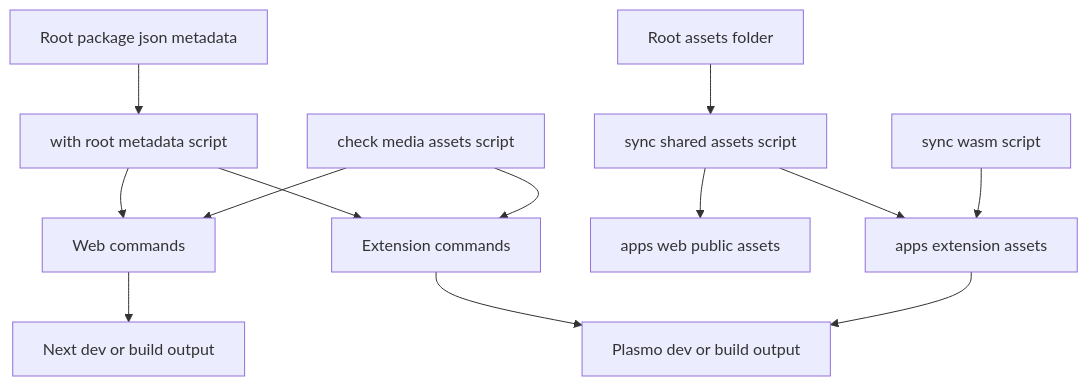
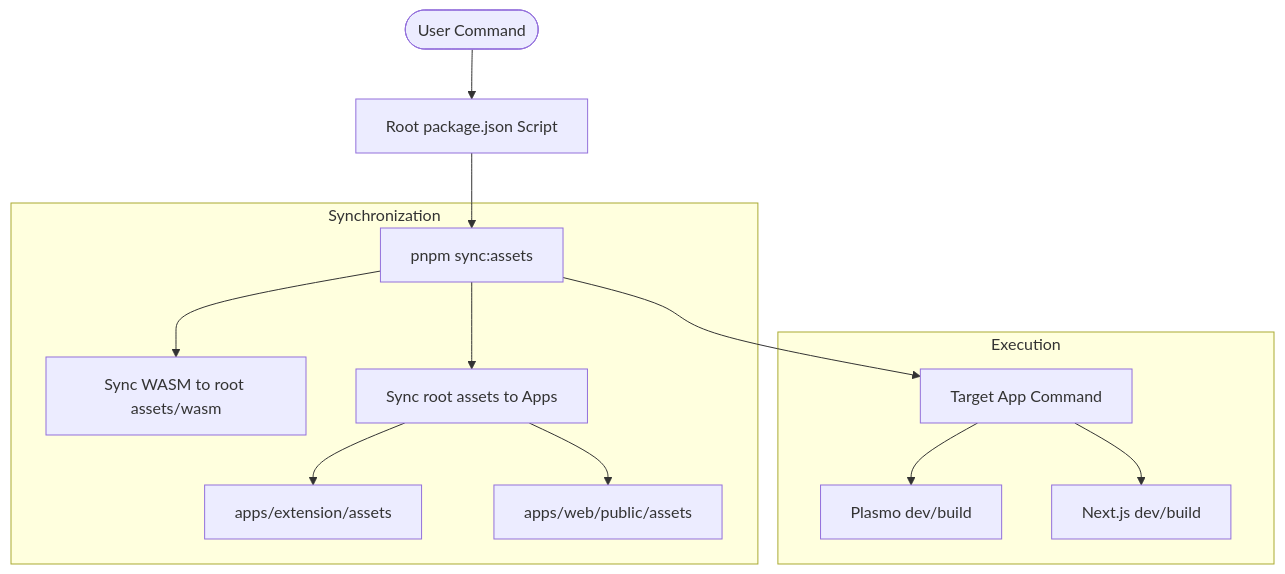
One commit to TrongAJTT/imify changed the diagram in docs/START_COMMAND_FLOW.md. Above: the diagram before and after it, drawn with Mermaid. The commit also changed other lines of this file and 14 other files, not shown here.

First line of the commit message:
Change package version and centralize asset synchronization (#23)

````diff
--- a/docs/START_COMMAND_FLOW.md
+++ b/docs/START_COMMAND_FLOW.md
@@ -34,18 +28,19 @@
 ```mermaid
 flowchart TD
-  A[Root package json metadata] --> B[with root metadata script]
-  B --> C[Web commands]
-  B --> D[Extension commands]
+  User([User Command]) --> Root[Root package.json Script]
+  Root --> Sync[pnpm sync:assets]
+  
+  subgraph Synchronization
+    Sync --> WASM[Sync WASM to root assets/wasm]
+    Sync --> Features[Sync root assets to Apps]
+    Features --> ExtAssets[apps/extension/assets]
+    Features --> WebAssets[apps/web/public/assets]
+  end
 
-  E[Root assets folder] --> F[sync shared assets script]
-  F --> G[apps web public assets]
-  F --> H[apps extension assets]
-
-  I[sync wasm script] --> H
-  J[check media assets script] --> C
-  J --> D
-
-  C --> K[Next dev or build output]
-  D --> L[Plasmo dev or build output]
-  H --> L
+  Sync --> Target[Target App Command]
+  
+  subgraph Execution
+    Target --> Ext[Plasmo dev/build]
+    Target --> Web[Next.js dev/build]
+  end
 ```
````
